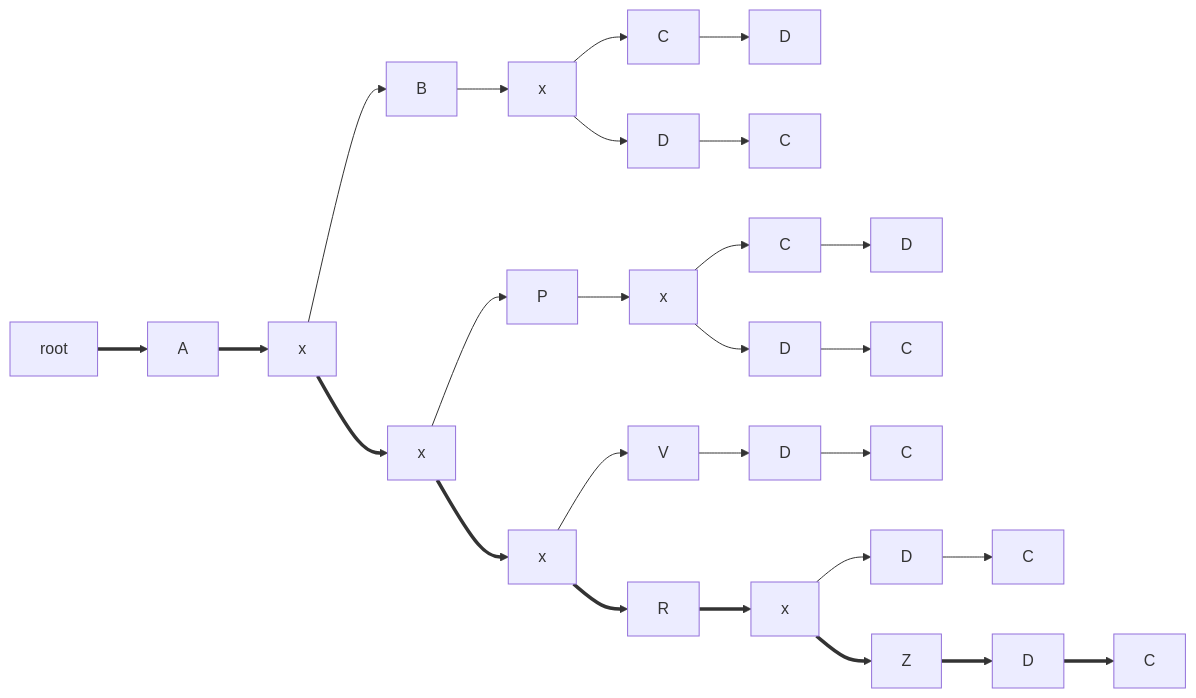
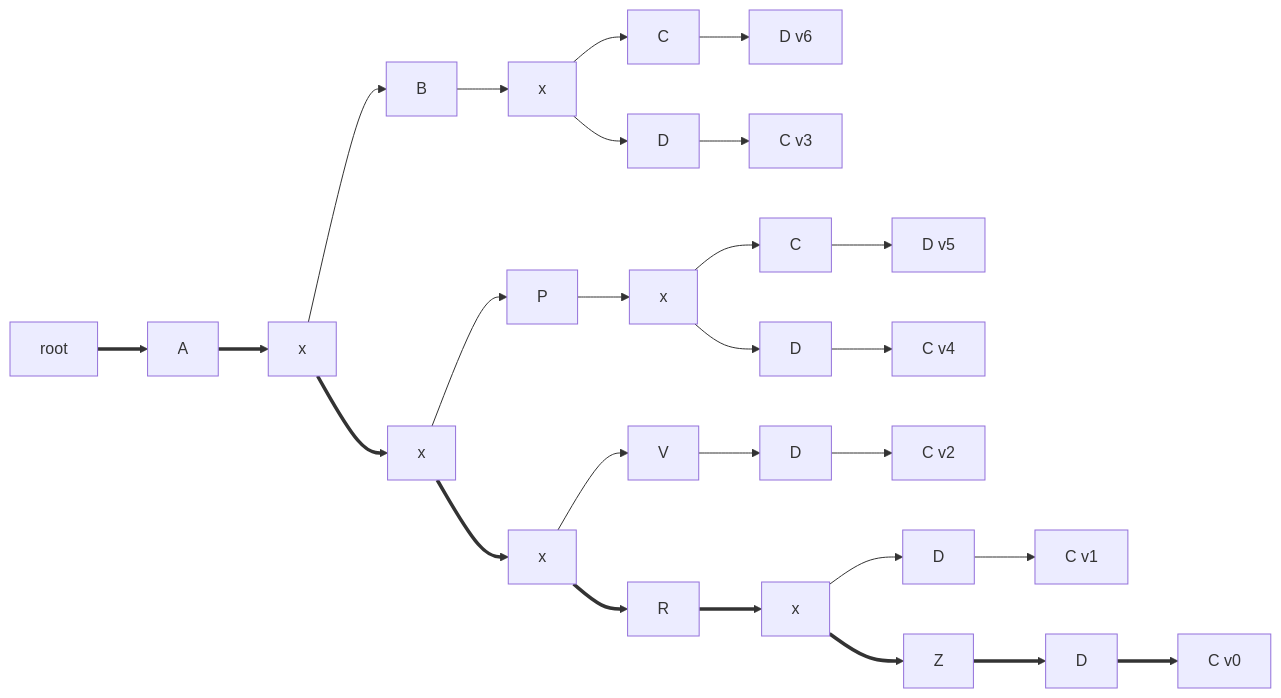
Diagram 16 of 16 in model/export-tree.md (vedph/gve-doc), drawn with Mermaid before and after one commit.

````diff
--- a/model/export-tree.md
+++ b/model/export-tree.md
@@ -349,30 +349,30 @@
 ```mermaid
 graph LR;
 
 root ==> A
 A ==> x5[x]
 x5 --> B6[B]
 B6[B] --> x3[x]
 x3[x] --> C6[C]
-C6[C] --> D6[D]
+C6[C] --> D6[D v6]
 x3[x] --> D3[D]
-D3 --> C3[C]
+D3 --> C3[C v3]
 x5 ==> x2[x]
 x2 --> P5[P]
 P5[P] --> x4[x]
 x4[x] --> C5[C]
-C5[C] --> D5[D]
+C5[C] --> D5[D v5]
 x4[x] --> D4[D]
-D4[D] --> C4[C]
+D4[D] --> C4[C v4]
 x2 ==> x1[x]
 x1 --> V2[V]
 V2 --> D2[D]
-D2 --> C2[C]
+D2 --> C2[C v2]
 x1 ==> R1[R]
 R1 ==> x0[x]
 x0 --> D1[D]
-D1 --> C1[C]
+D1 --> C1[C v1]
 x0 ==> Z0[Z]
 Z0 ==> D0[D]
-D0 ==> C0[C]
+D0 ==> C0[C v0]
 ```
````
